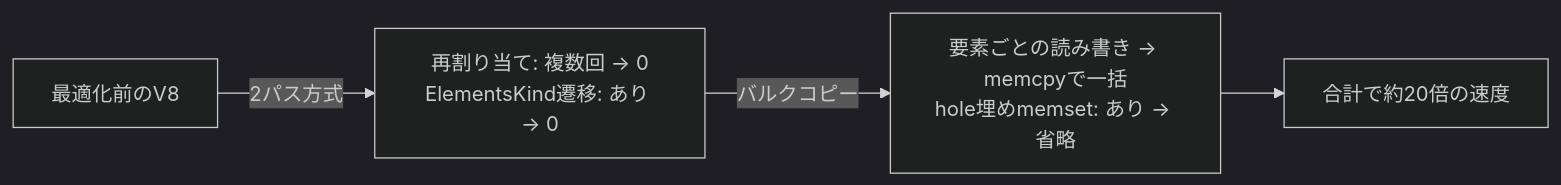
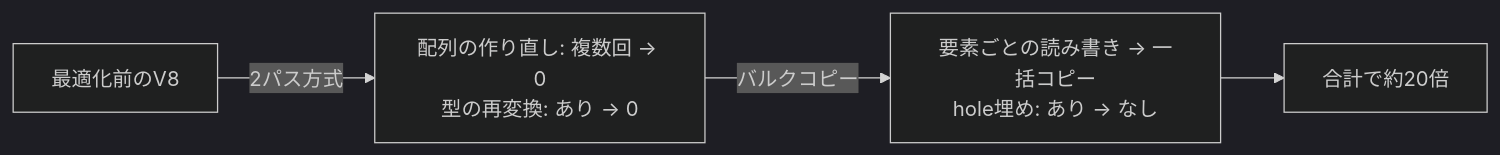
The fifth of 7 diagrams in articles/e12fbacc8e761c.md (riya-amemiya/amemiya_riya_zenn_data), drawn with Mermaid (dark theme) before and after one commit. The commit also changed other lines of this file, not shown here.

First line of the commit message:
Rework Array.flat bulk-copy article for readability (figures, tables, deeper PACKED_ELEMENTS) (#180)

````diff
--- a/articles/e12fbacc8e761c.md
+++ b/articles/e12fbacc8e761c.md
@@ -362,6 +294,6 @@
 ```mermaid
 flowchart LR
-    R0["最適化前のV8"] -->|2パス方式| R1["再割り当て: 複数回 → 0<br>ElementsKind遷移: あり → 0"]
-    R1 -->|バルクコピー| R2["要素ごとの読み書き → memcpyで一括<br>hole埋めmemset: あり → 省略"]
-    R2 --> R3["合計で約20倍の速度"]
+    R0["最適化前のV8"] -->|2パス方式| R1["配列の作り直し: 複数回 → 0<br>型の再変換: あり → 0"]
+    R1 -->|バルクコピー| R2["要素ごとの読み書き → 一括コピー<br>hole埋め: あり → なし"]
+    R2 --> R3["合計で約20倍"]
 ```
````
